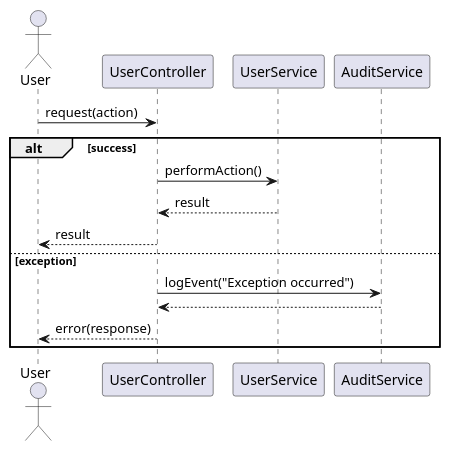
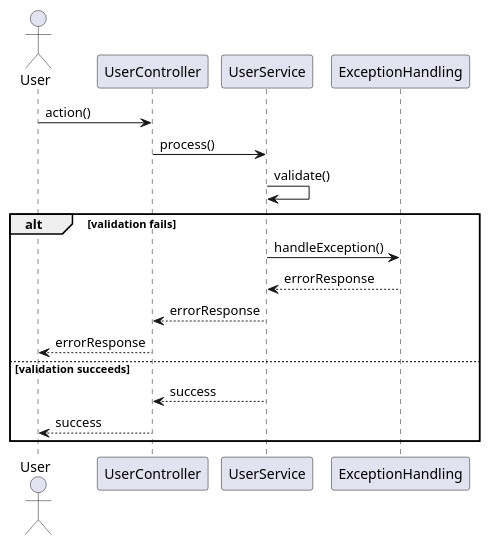
Before and after one commit to shreya-cn/autodev.ai: the fourth of 5 diagrams in identityprovider/documentation/detaileddesign.adoc, drawn with PlantUML. The commit also changed other lines of this file and 3 other files, not shown here.

````diff
--- a/identityprovider/documentation/detaileddesign.adoc
+++ b/identityprovider/documentation/detaileddesign.adoc
@@ -370,19 +348,22 @@
-```plantuml
+[plantuml, exception-handling-sequence, png]
+----
 @startuml
 actor User
-participant UserController
-participant UserService
-participant AuditService
+participant "UserController" as UC
+participant "UserService" as US
+participant "ExceptionHandling" as EH
 
-User -> UserController : request(action)
-alt success
-    UserController -> UserService : performAction()
-    UserService --> UserController : result
-    UserController --> User : result
-else exception
-    UserController -> AuditService : logEvent("Exception occurred")
-    AuditService --> UserController
-    UserController --> User : error(response)
+User -> UC : action()
+UC -> US : process()
+US -> US : validate()
+alt validation fails
+    US -> EH : handleException()
+    EH --> US : errorResponse
+    US --> UC : errorResponse
+    UC --> User : errorResponse
+else validation succeeds
+    US --> UC : success
+    UC --> User : success
 end
 @enduml
-```
+----
````
